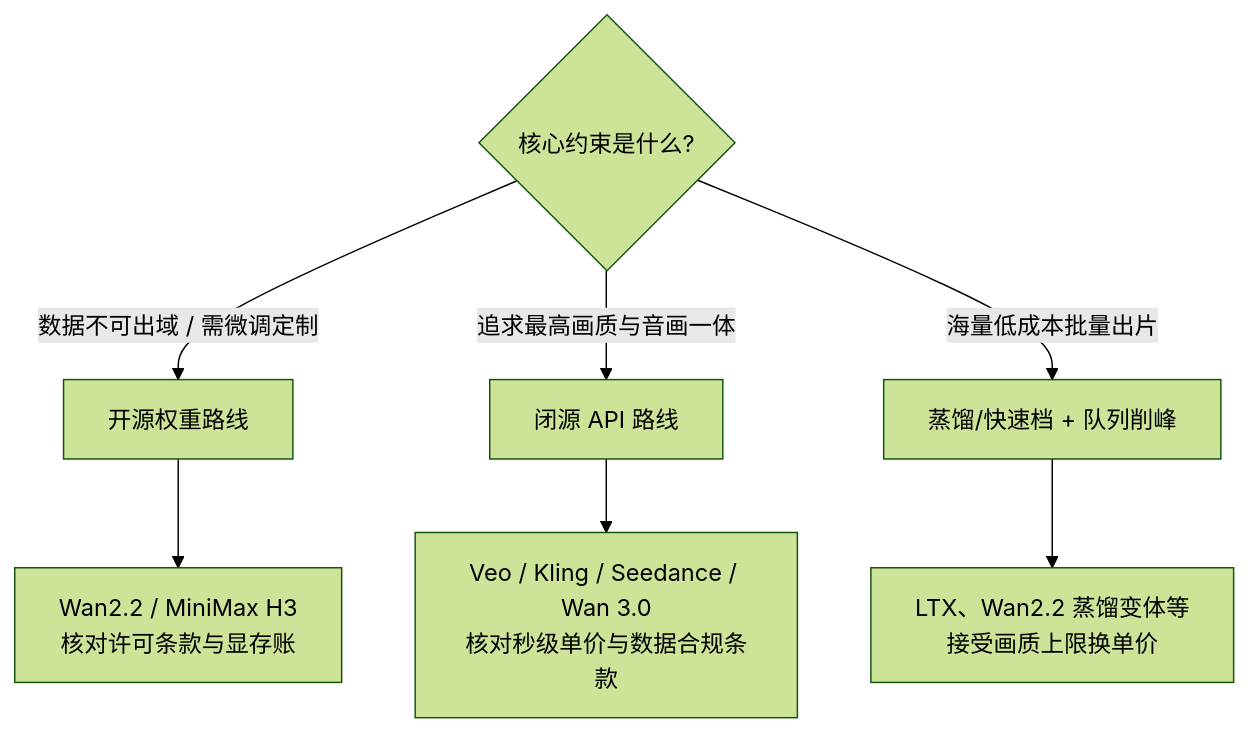
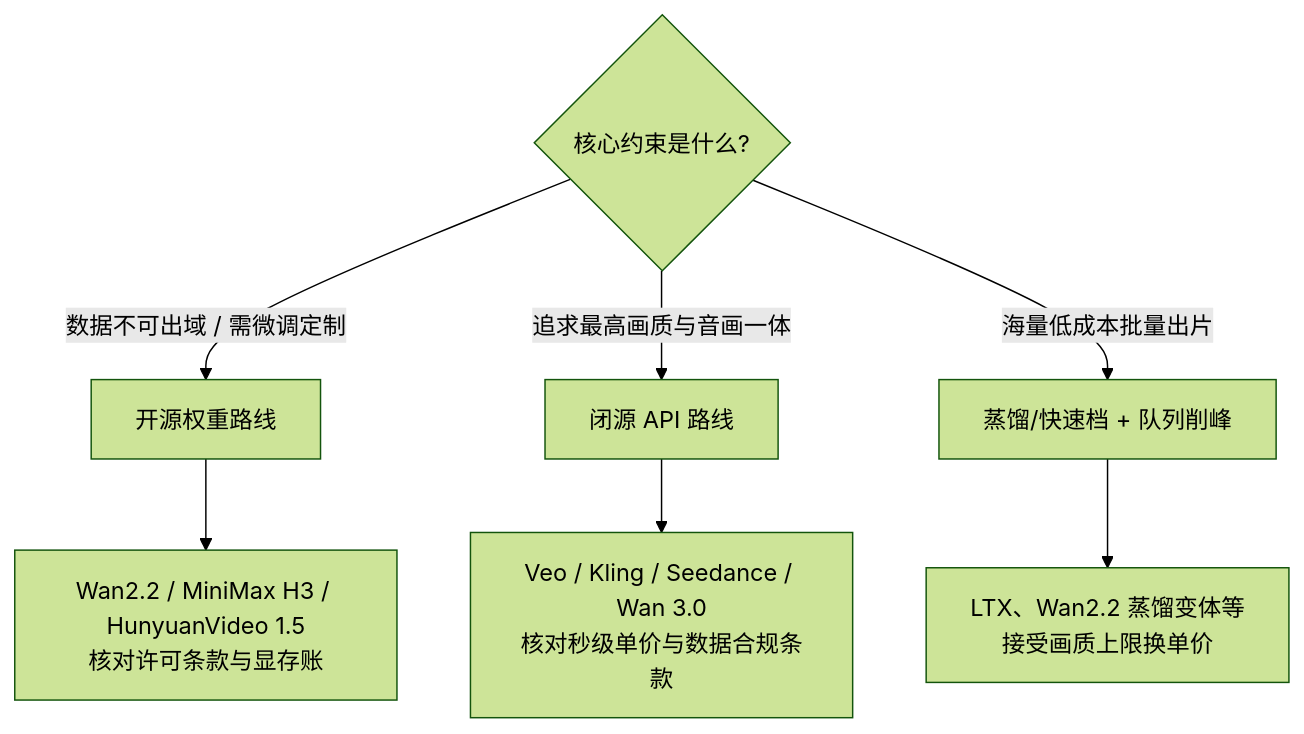
The sixth of 6 diagrams in docs/ai/models/video-gen.md (shuifans/cloud-ai-knowledge-base), drawn with Mermaid (forest theme) before and after one commit. The commit also changed other lines of this file and 294 other files, not shown here.

First line of the commit message:
更新: 全站 35 篇文章对标 speech-gen 全面升级（深度/配图/引用/决策图）

````diff
--- a/docs/ai/models/video-gen.md
+++ b/docs/ai/models/video-gen.md
@@ -149,9 +524,9 @@
 ```mermaid
 flowchart TD
   Q{核心约束是什么?} -->|数据不可出域 / 需微调定制| O[开源权重路线]
   Q -->|追求最高画质与音画一体| C[闭源 API 路线]
   Q -->|海量低成本批量出片| L[蒸馏/快速档 + 队列削峰]
-  O --> O1[Wan2.2 / MiniMax H3<br/>核对许可条款与显存账]
+  O --> O1[Wan2.2 / MiniMax H3 / HunyuanVideo 1.5<br/>核对许可条款与显存账]
   C --> C1[Veo / Kling / Seedance / Wan 3.0<br/>核对秒级单价与数据合规条款]
   L --> L1[LTX、Wan2.2 蒸馏变体等<br/>接受画质上限换单价]
 ```
````
